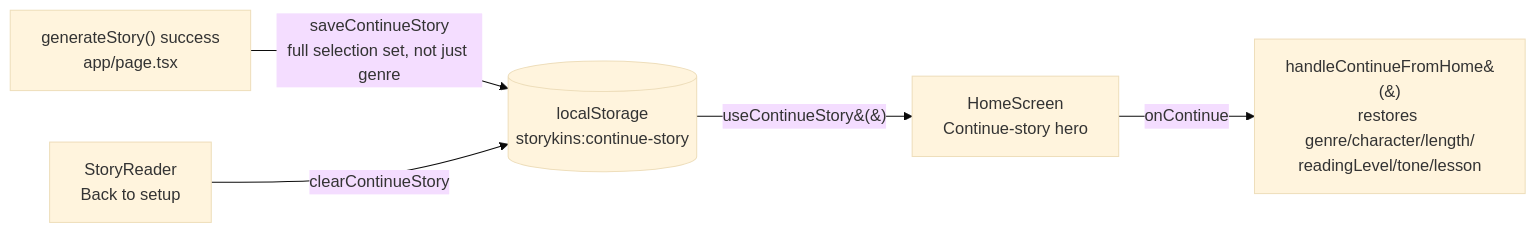
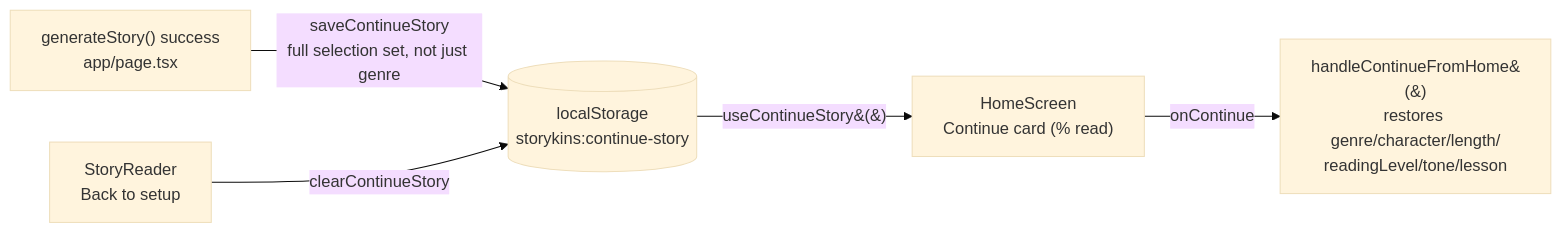
One commit to aio-studios/children-story-app changed the seventh of 8 diagrams in docs/architecture.md. Above: the diagram before and after it, drawn with Mermaid (base theme). The commit also changed other lines of this file and 14 other files, not shown here.

````diff
--- a/docs/architecture.md
+++ b/docs/architecture.md
@@ -362,7 +362,7 @@
 ```mermaid
 graph LR
   Gen["generateStory() success<br/>app/page.tsx"] -->|saveContinueStory<br/>full selection set, not just genre| LS[("localStorage<br/>storykins:continue-story")]
-  LS -->|useContinueStory&#40;&#41;| HS["HomeScreen<br/>Continue-story hero"]
+  LS -->|useContinueStory&#40;&#41;| HS["HomeScreen<br/>Continue card (% read)"]
   HS -->|onContinue| Resume["handleContinueFromHome&#40;&#41;<br/>restores genre/character/length/<br/>readingLevel/tone/lesson"]
   SR["StoryReader<br/>Back to setup"] -->|clearContinueStory| LS
 ```
````
